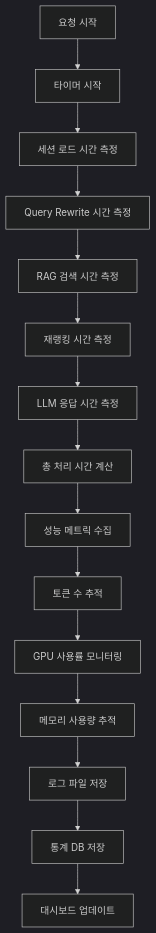
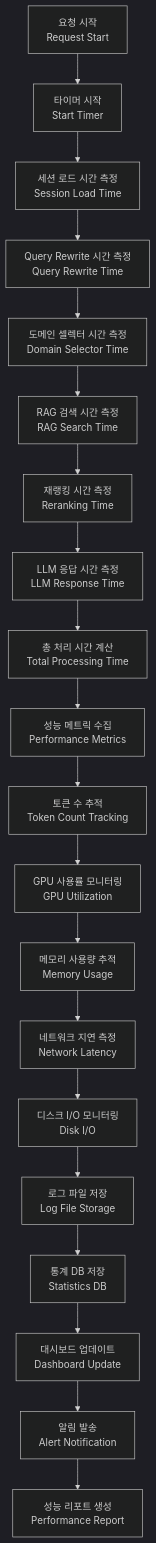
Diagram 11 of 12 in workflow_diagram.md (FingerAI-Team/uwsgi-fastcgi), drawn with Mermaid (dark theme) before and after one commit. The commit also changed other lines of this file, not shown here.

Commit message:
다이어그램 업데이트

````diff
--- a/workflow_diagram.md
+++ b/workflow_diagram.md
@@ -231,18 +446,23 @@
 ```mermaid
 flowchart TD
-    A[요청 시작] --> B[타이머 시작]
-    B --> C[세션 로드 시간 측정]
-    C --> D[Query Rewrite 시간 측정]
-    D --> E[RAG 검색 시간 측정]
-    E --> F[재랭킹 시간 측정]
-    F --> G[LLM 응답 시간 측정]
-    G --> H[총 처리 시간 계산]
+    A[요청 시작<br/>Request Start] --> B[타이머 시작<br/>Start Timer]
+    B --> C[세션 로드 시간 측정<br/>Session Load Time]
+    C --> D[Query Rewrite 시간 측정<br/>Query Rewrite Time]
+    D --> E[도메인 셀렉터 시간 측정<br/>Domain Selector Time]
+    E --> F[RAG 검색 시간 측정<br/>RAG Search Time]
+    F --> G[재랭킹 시간 측정<br/>Reranking Time]
+    G --> H[LLM 응답 시간 측정<br/>LLM Response Time]
+    H --> I[총 처리 시간 계산<br/>Total Processing Time]
     
-    H --> I[성능 메트릭 수집]
-    I --> J[토큰 수 추적]
-    J --> K[GPU 사용률 모니터링]
-    K --> L[메모리 사용량 추적]
-    L --> M[로그 파일 저장]
-    M --> N[통계 DB 저장]
-    N --> O[대시보드 업데이트]
+    I --> J[성능 메트릭 수집<br/>Performance Metrics]
+    J --> K[토큰 수 추적<br/>Token Count Tracking]
+    K --> L[GPU 사용률 모니터링<br/>GPU Utilization]
+    L --> M[메모리 사용량 추적<br/>Memory Usage]
+    M --> N[네트워크 지연 측정<br/>Network Latency]
+    N --> O[디스크 I/O 모니터링<br/>Disk I/O]
+    O --> P[로그 파일 저장<br/>Log File Storage]
+    P --> Q[통계 DB 저장<br/>Statistics DB]
+    Q --> R[대시보드 업데이트<br/>Dashboard Update]
+    R --> S[알림 발송<br/>Alert Notification]
+    S --> T[성능 리포트 생성<br/>Performance Report]
 ```
````
